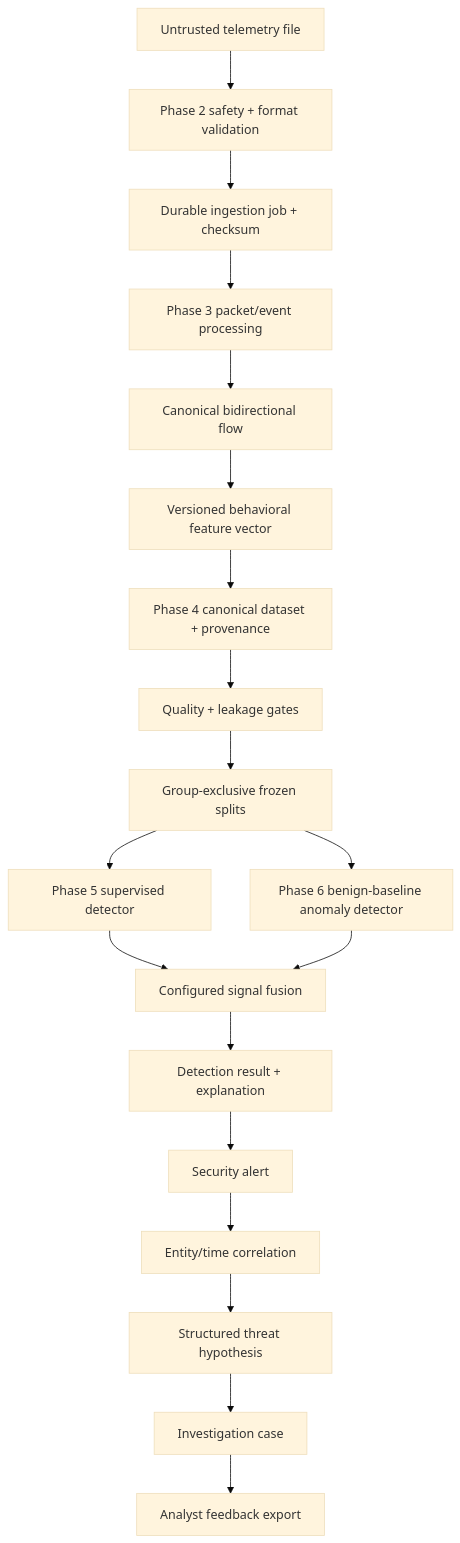
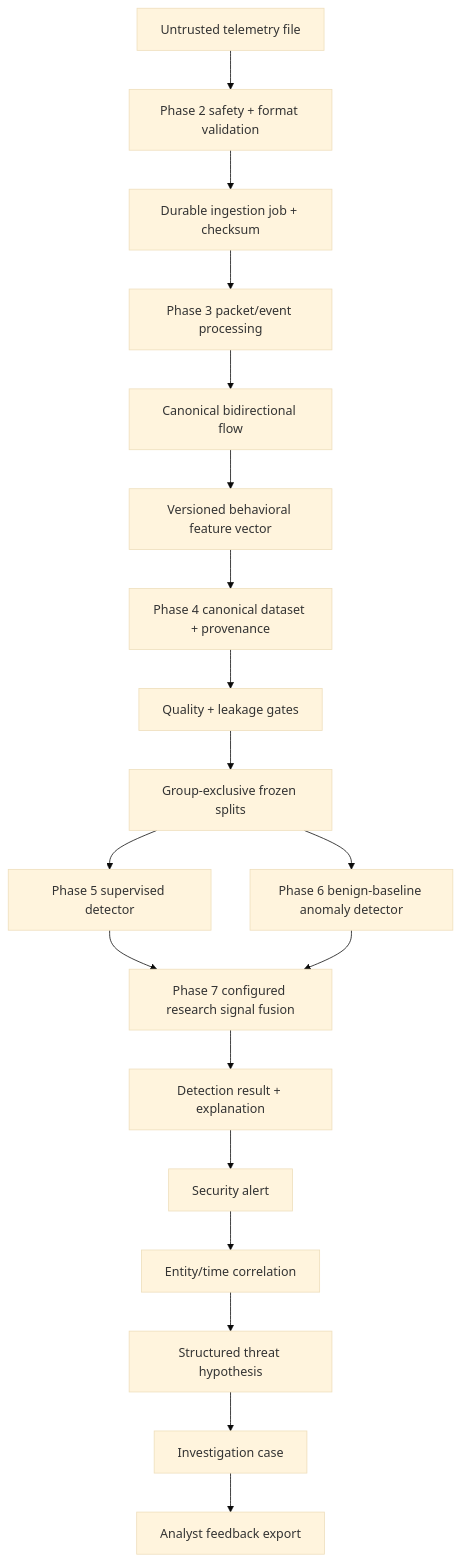
The second of 4 diagrams in docs/architecture.md (SaXingrui-UM/aegishunt), drawn with Mermaid (base theme) before and after one commit. The commit also changed other lines of this file and 35 other files, not shown here.

First line of the commit message:
[Phase 07] Dual-engine fusion and unknown-behavior evaluation (#21)

````diff
--- a/docs/architecture.md
+++ b/docs/architecture.md
@@ -61,21 +64,21 @@
 ```mermaid
 flowchart TD
     Input["Untrusted telemetry file"] --> Boundary["Phase 2 safety + format validation"]
     Boundary --> Job["Durable ingestion job + checksum"]
     Job --> Packet["Phase 3 packet/event processing"]
     Packet --> Flow["Canonical bidirectional flow"]
     Flow --> Feature["Versioned behavioral feature vector"]
     Feature --> Dataset["Phase 4 canonical dataset + provenance"]
     Dataset --> Quality["Quality + leakage gates"]
     Quality --> Split["Group-exclusive frozen splits"]
     Split --> Supervised["Phase 5 supervised detector"]
     Split --> Anomaly["Phase 6 benign-baseline anomaly detector"]
-    Supervised --> Fusion["Configured signal fusion"]
+    Supervised --> Fusion["Phase 7 configured research signal fusion"]
     Anomaly --> Fusion
     Fusion --> Detection["Detection result + explanation"]
     Detection --> Alert["Security alert"]
     Alert --> Correlation["Entity/time correlation"]
     Correlation --> Hypothesis["Structured threat hypothesis"]
     Hypothesis --> Case["Investigation case"]
     Case --> Feedback["Analyst feedback export"]
 ```
````
